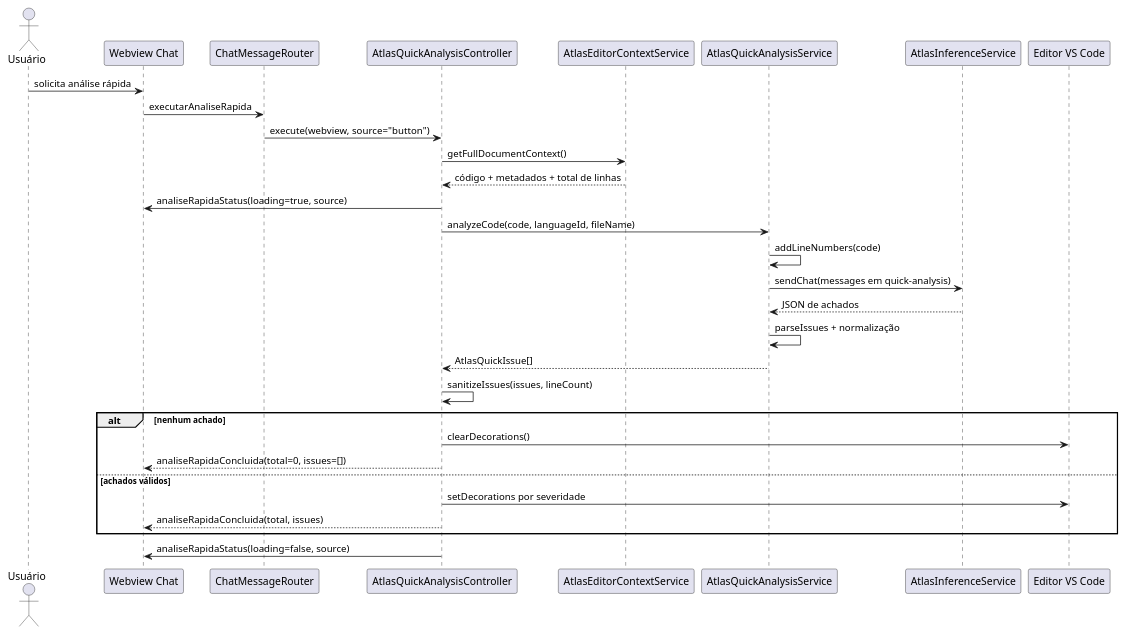
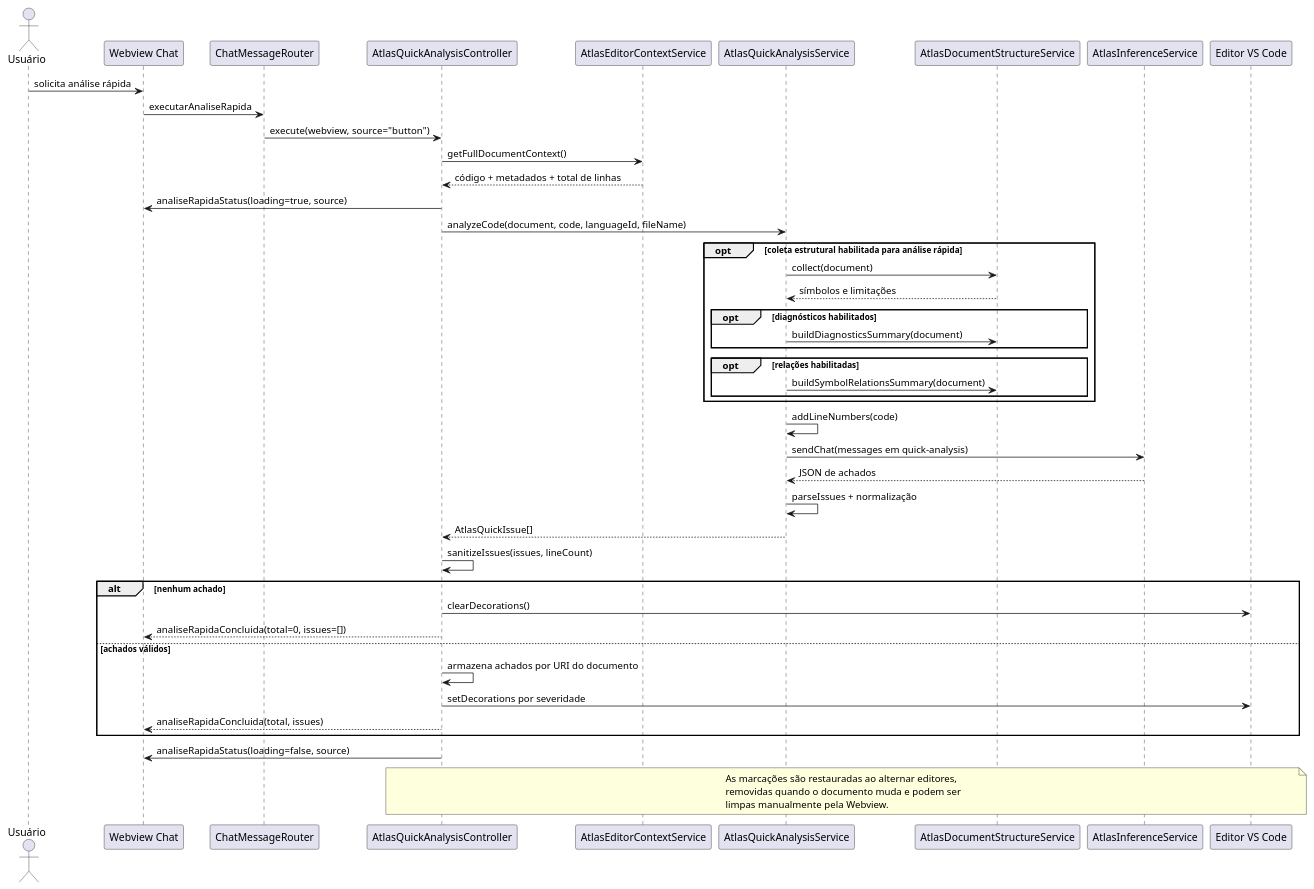
One commit to JVictorVI/ATLAS changed the fourth of 40 diagrams in docs/plantuml-diagramas-por-caso-de-uso-atlas.md. Above: the diagram before and after it, drawn with PlantUML. The commit also changed other lines of this file and 2 other files, not shown here.

````diff
--- a/docs/plantuml-diagramas-por-caso-de-uso-atlas.md
+++ b/docs/plantuml-diagramas-por-caso-de-uso-atlas.md
@@ -152,35 +188,52 @@
 ```plantuml
 @startuml
 skinparam shadowing false
 actor Usuário
 participant "Webview Chat" as Webview
 participant ChatMessageRouter as Router
 participant AtlasQuickAnalysisController as Controller
 participant AtlasEditorContextService as EditorContext
 participant AtlasQuickAnalysisService as QuickService
+participant AtlasDocumentStructureService as Structure
 participant AtlasInferenceService as Inference
 participant "Editor VS Code" as Editor
 
 Usuário -> Webview : solicita análise rápida
 Webview -> Router : executarAnaliseRapida
 Router -> Controller : execute(webview, source="button")
 Controller -> EditorContext : getFullDocumentContext()
 EditorContext --> Controller : código + metadados + total de linhas
 Controller -> Webview : analiseRapidaStatus(loading=true, source)
-Controller -> QuickService : analyzeCode(code, languageId, fileName)
+Controller -> QuickService : analyzeCode(document, code, languageId, fileName)
+opt coleta estrutural habilitada para análise rápida
+  QuickService -> Structure : collect(document)
+  Structure --> QuickService : símbolos e limitações
+  opt diagnósticos habilitados
+    QuickService -> Structure : buildDiagnosticsSummary(document)
+  end
+  opt relações habilitadas
+    QuickService -> Structure : buildSymbolRelationsSummary(document)
+  end
+end
 QuickService -> QuickService : addLineNumbers(code)
 QuickService -> Inference : sendChat(messages em quick-analysis)
 Inference --> QuickService : JSON de achados
 QuickService -> QuickService : parseIssues + normalização
 QuickService --> Controller : AtlasQuickIssue[]
 Controller -> Controller : sanitizeIssues(issues, lineCount)
 alt nenhum achado
   Controller -> Editor : clearDecorations()
   Controller --> Webview : analiseRapidaConcluida(total=0, issues=[])
 else achados válidos
+  Controller -> Controller : armazena achados por URI do documento
   Controller -> Editor : setDecorations por severidade
   Controller --> Webview : analiseRapidaConcluida(total, issues)
 end
 Controller -> Webview : analiseRapidaStatus(loading=false, source)
+note over Controller,Editor
+As marcações são restauradas ao alternar editores,
+removidas quando o documento muda e podem ser
+limpas manualmente pela Webview.
+end note
 @enduml
 ```
````
